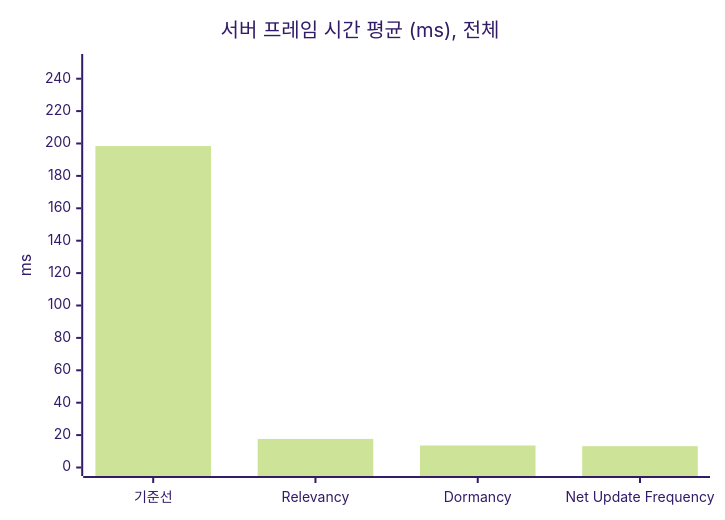
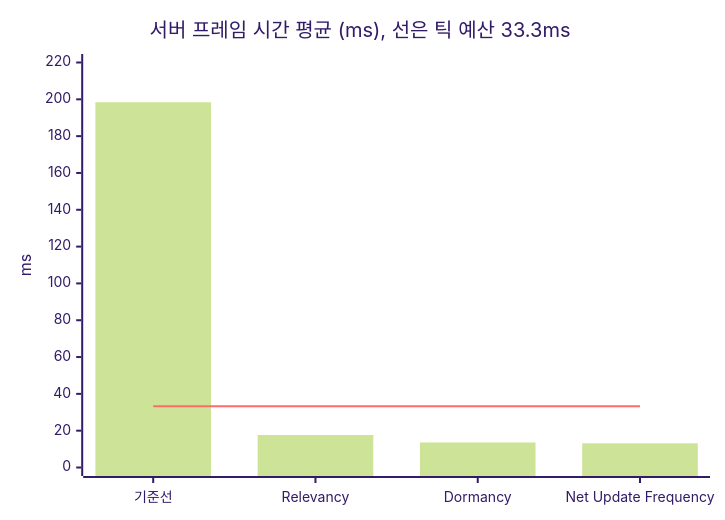
Before and after one commit to hon454/ue-dedicated-server-optimization-lab: the diagram in README.md, drawn with Mermaid (forest theme). The commit also changed other lines of this file and 3 other files, not shown here.

````diff
--- a/README.md
+++ b/README.md
@@ -111,7 +15,8 @@
 ```mermaid
 xychart-beta
-    title "서버 프레임 시간 평균 (ms), 전체"
+    title "서버 프레임 시간 평균 (ms), 선은 틱 예산 33.3ms"
     x-axis ["기준선", "Relevancy", "Dormancy", "Net Update Frequency"]
-    y-axis "ms" 0 --> 250
+    y-axis "ms" 0 --> 220
     bar [198.43, 17.64, 13.60, 13.16]
+    line [33.3, 33.3, 33.3, 33.3]
 ```
````
